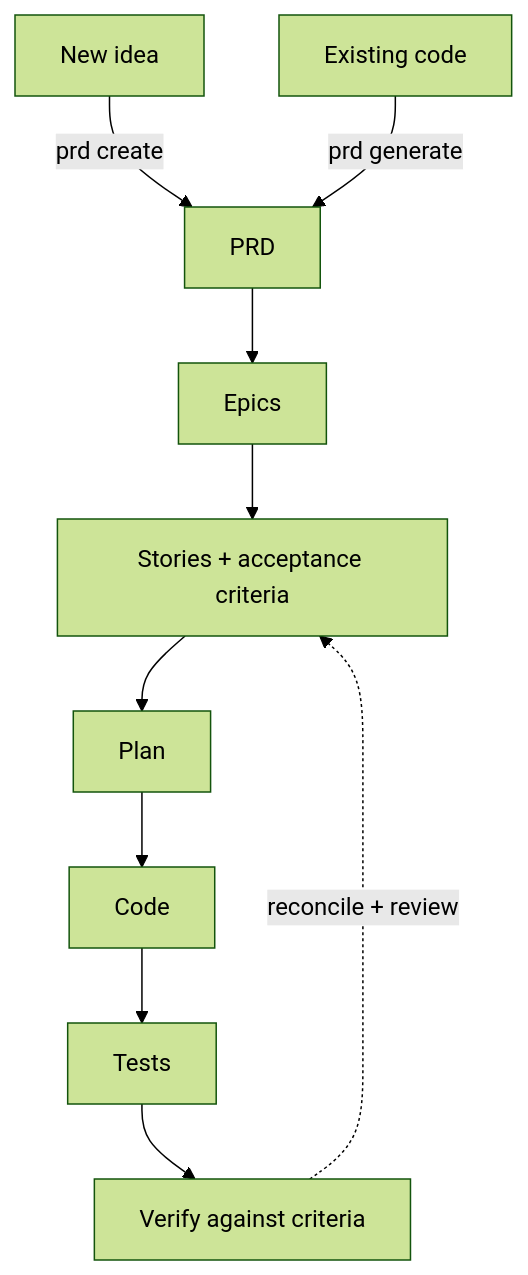
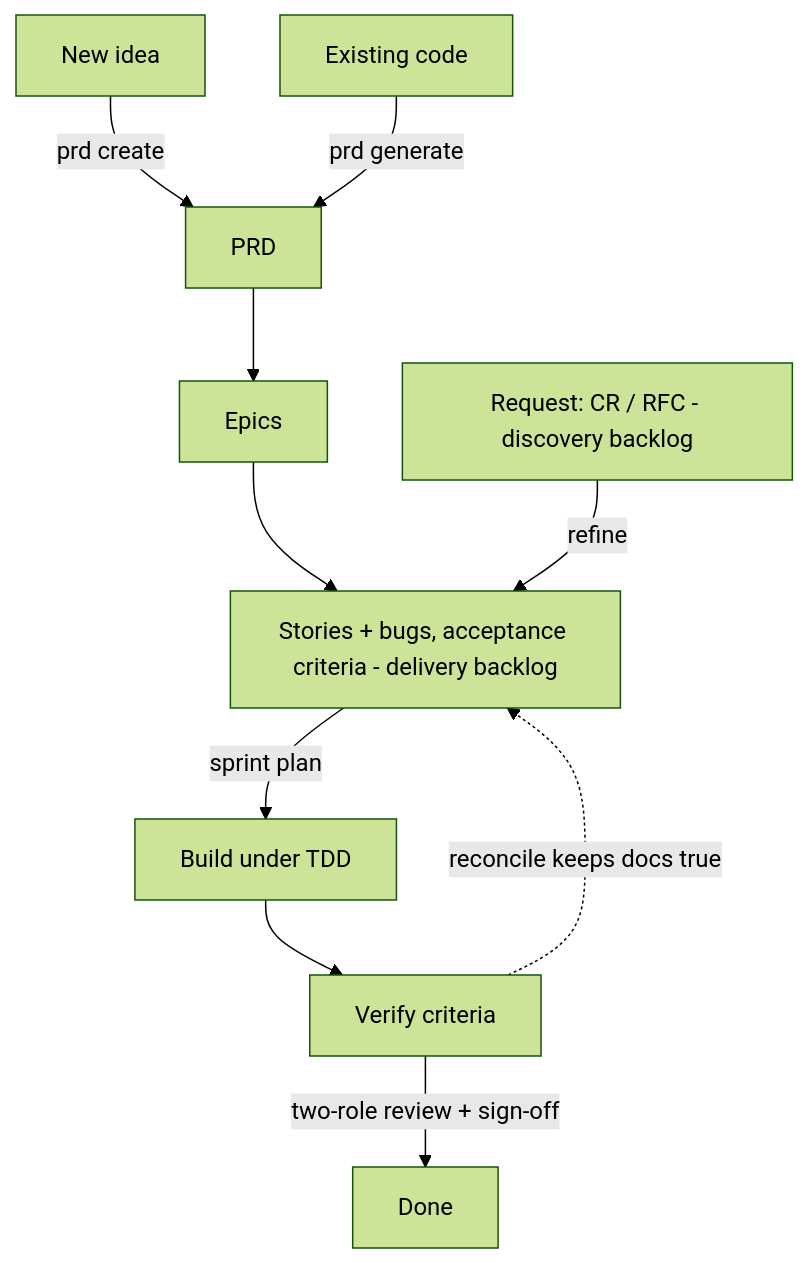
Before and after one commit to DarrenBenson/sdlc-studio: the diagram in README.md, drawn with Mermaid (forest theme). The commit also changed other lines of this file, not shown here.

First line of the commit message:
docs: de-v4 the README under the 5.0.0 header - two-backlog spine, sdlc-studio.com, sponsor

````diff
--- a/README.md
+++ b/README.md
@@ -170,8 +170,10 @@
 ```mermaid
 flowchart TB
   A[New idea] -->|prd create| P[PRD]
   B[Existing code] -->|prd generate| P
-  P --> E[Epics] --> S[Stories + acceptance criteria]
-  S --> PL[Plan] --> C[Code] --> T[Tests] --> V[Verify against criteria]
-  V -. reconcile + review .-> S
+  P --> E[Epics] --> S
+  RQ[Request: CR / RFC - discovery backlog] -->|refine| S[Stories + bugs, acceptance criteria - delivery backlog]
+  S -->|sprint plan| BLD[Build under TDD] --> VF[Verify criteria]
+  VF -->|two-role review + sign-off| DN[Done]
+  VF -. reconcile keeps docs true .-> S
 ```
````
